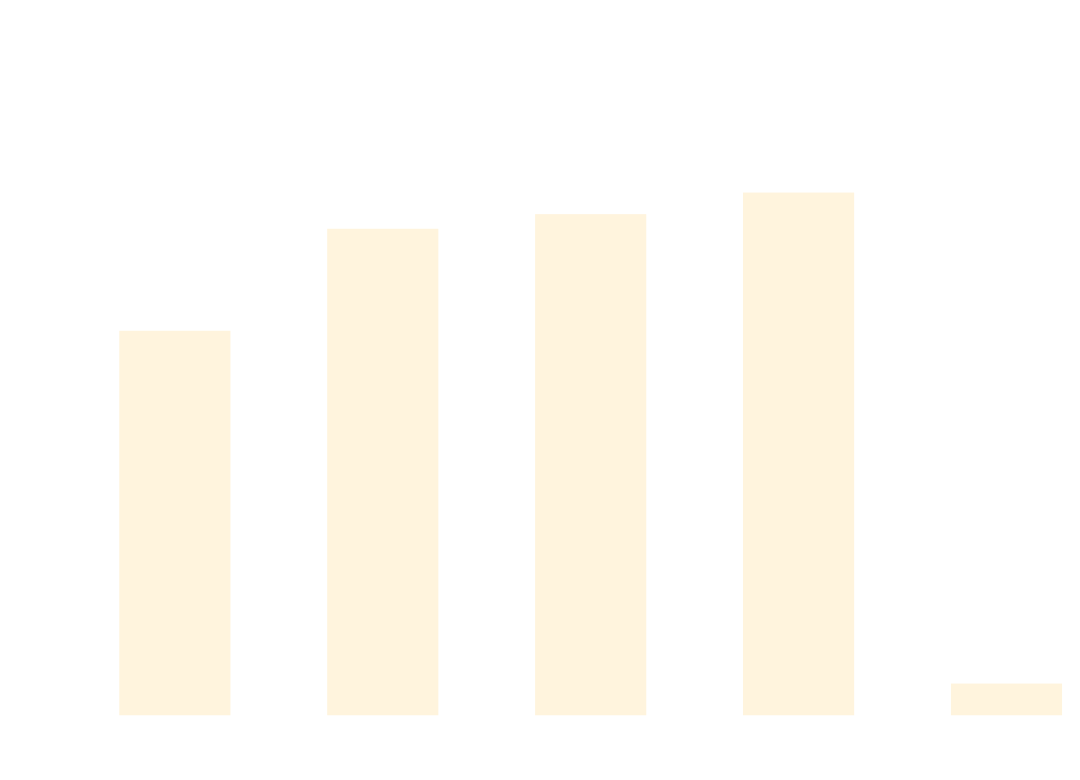
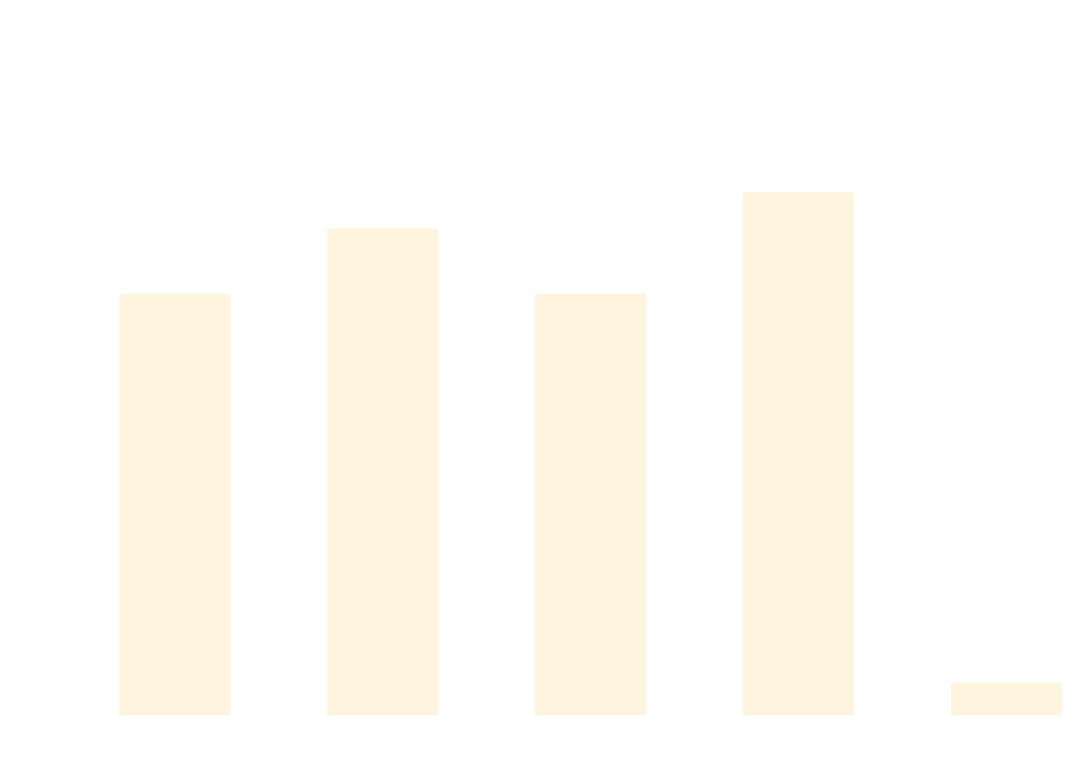
One commit to thomhurst/TUnit changed the diagram in docs/docs/benchmarks/DataDrivenTests.md. Above: the diagram before and after it, drawn with Mermaid. The commit also changed other lines of this file and 17 other files, not shown here.

````diff
--- a/docs/docs/benchmarks/DataDrivenTests.md
+++ b/docs/docs/benchmarks/DataDrivenTests.md
@@ -27,37 +27,37 @@
 ```mermaid
 %%{init: {
   'theme':'base',
   'themeVariables': {
     'primaryColor': '#2563eb',
     'primaryTextColor': '#ffffff',
     'primaryBorderColor': '#1e40af',
     'lineColor': '#6b7280',
     'secondaryColor': '#7c3aed',
     'tertiaryColor': '#dc2626',
     'background': '#ffffff',
     'mainBkg': '#2563eb',
     'secondBkg': '#7c3aed',
     'tertiaryBkg': '#dc2626',
     'clusterBkg': '#f3f4f6',
     'edgeLabelBackground': '#ffffff',
     'tertiaryTextColor': '#1f2937',
     'pie1': '#2563eb',
     'pie2': '#7c3aed',
     'pie3': '#dc2626',
     'pie4': '#f59e0b',
     'pie5': '#10b981',
     'pie6': '#06b6d4',
     'pie7': '#ec4899',
     'pie8': '#6366f1',
     'pie9': '#84cc16',
     'pie10': '#f97316',
     'pie11': '#14b8a6',
     'pie12': '#a855f7'
   }
 }}%%
 xychart-beta
   title "DataDrivenTests Performance Comparison"
   x-axis ["TUnit", "NUnit", "MSTest", "xUnit3", "TUnit_AOT"]
-  y-axis "Time (ms)" 0 --> 785
-  bar [476.93, 607.45, 626.12, 653.78, 25.52]
+  y-axis "Time (ms)" 0 --> 704
+  bar [470.01, 545.26, 470.3, 586.63, 23.73]
 ```
````
